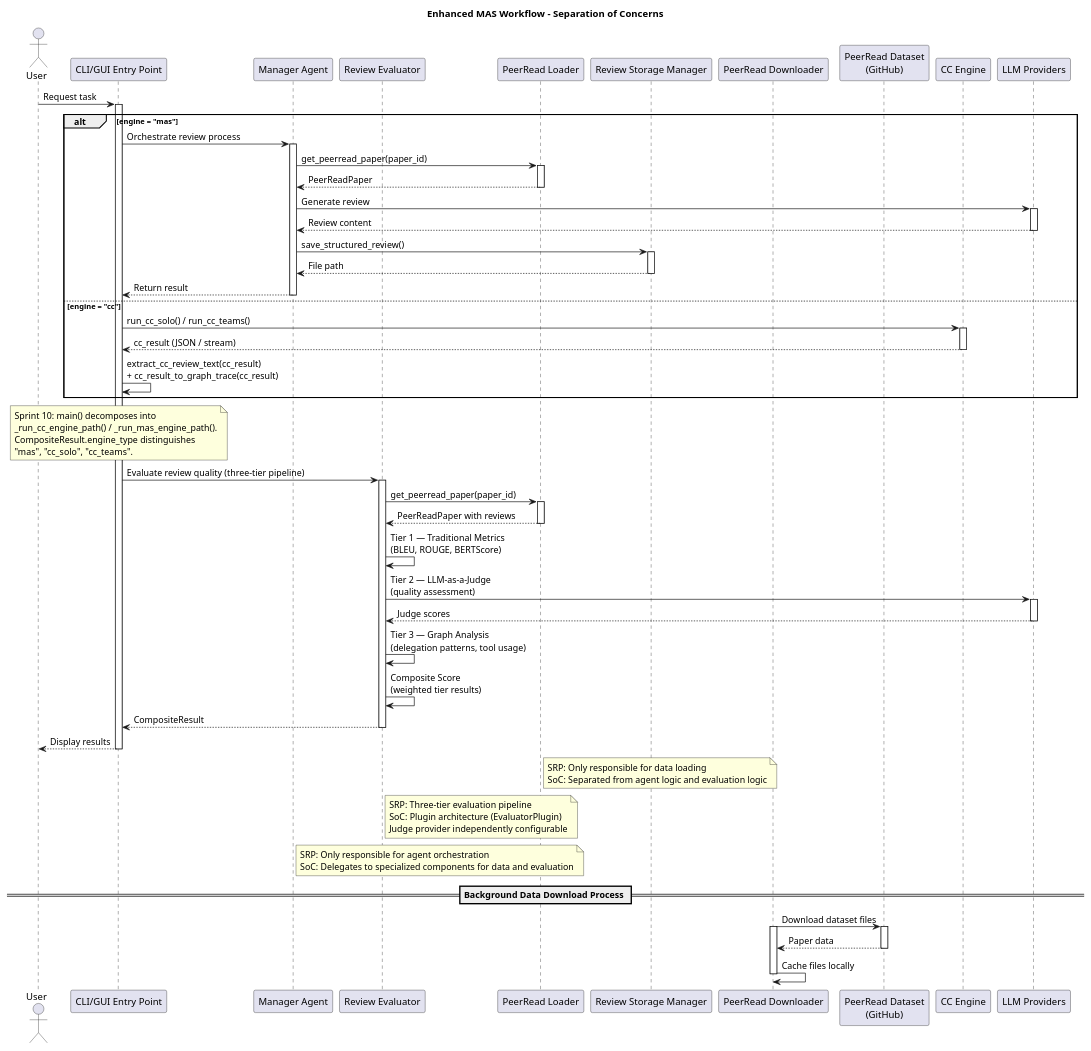
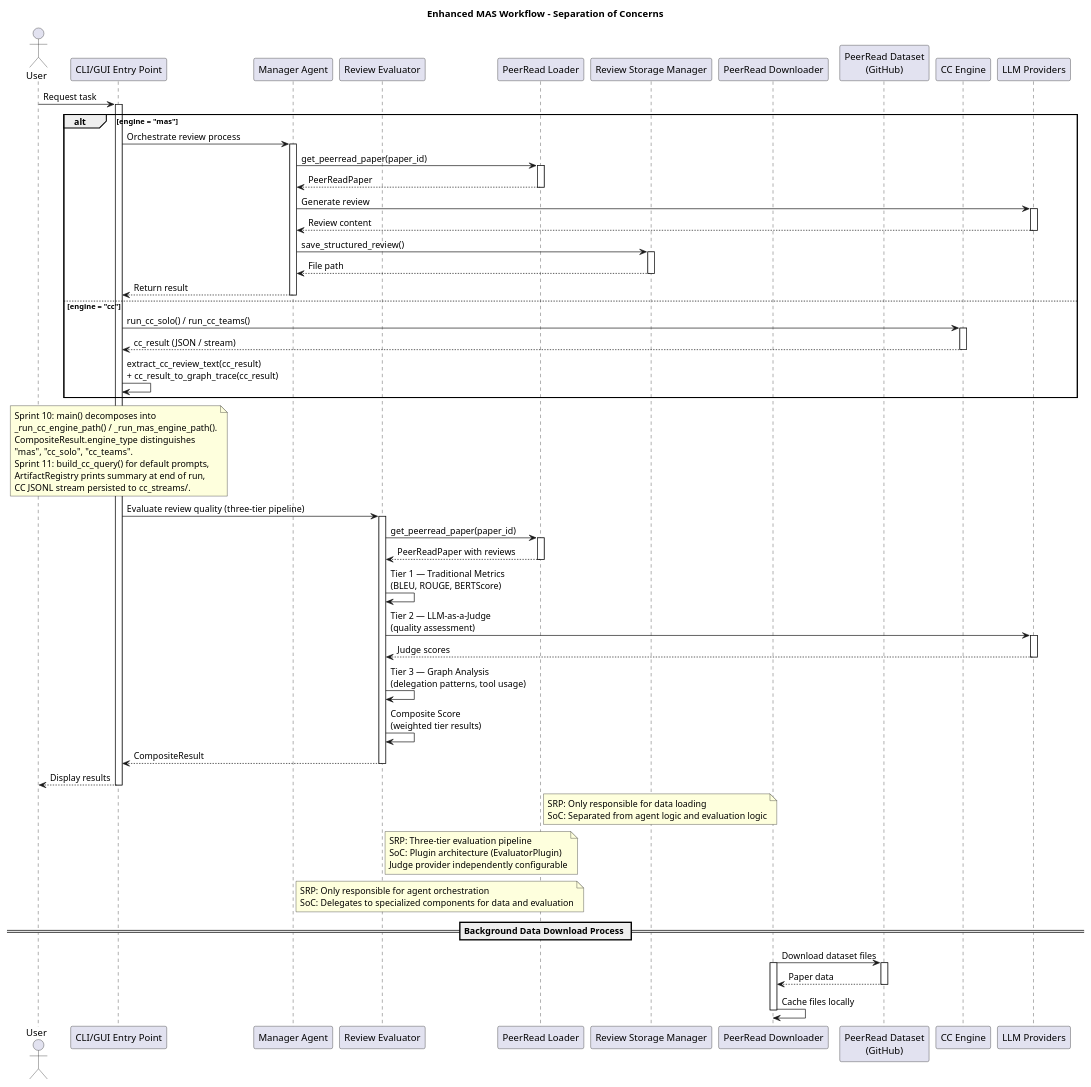
The diagram in docs/arch_vis/mas-enhanced-workflow.plantuml (qte77/Agents-eval), drawn with PlantUML before and after one commit. The commit also changed 141 other files, not shown here.

```diff
--- a/docs/arch_vis/mas-enhanced-workflow.plantuml
+++ b/docs/arch_vis/mas-enhanced-workflow.plantuml
@@ -1,106 +1,109 @@
 @startuml mas-enhanced-workflow
 title Enhanced MAS Workflow - Separation of Concerns
 
 actor User
 participant "CLI/GUI Entry Point" as MainApp
 participant "Manager Agent" as Manager
 participant "Review Evaluator" as Evaluator
 participant "PeerRead Loader" as Loader
 participant "Review Storage Manager" as Storage
 participant "PeerRead Downloader" as Downloader
 participant "PeerRead Dataset\n(GitHub)" as ExternalDataset
 participant "CC Engine" as CCEngine
 participant "LLM Providers" as LLM
 
 User -> MainApp: Request task
 activate MainApp
 
 alt engine = "mas"
 
     MainApp -> Manager: Orchestrate review process
     activate Manager
 
     Manager -> Loader: get_peerread_paper(paper_id)
     activate Loader
     Loader --> Manager: PeerReadPaper
     deactivate Loader
 
     Manager -> LLM: Generate review
     activate LLM
     LLM --> Manager: Review content
     deactivate LLM
 
     Manager -> Storage: save_structured_review()
     activate Storage
     Storage --> Manager: File path
     deactivate Storage
 
     Manager --> MainApp: Return result
     deactivate Manager
 
 else engine = "cc"
 
     MainApp -> CCEngine: run_cc_solo() / run_cc_teams()
     activate CCEngine
     CCEngine --> MainApp: cc_result (JSON / stream)
     deactivate CCEngine
     MainApp -> MainApp: extract_cc_review_text(cc_result)\n+ cc_result_to_graph_trace(cc_result)
 
 end
 
 note over MainApp
   Sprint 10: main() decomposes into
   _run_cc_engine_path() / _run_mas_engine_path().
   CompositeResult.engine_type distinguishes
   "mas", "cc_solo", "cc_teams".
+  Sprint 11: build_cc_query() for default prompts,
+  ArtifactRegistry prints summary at end of run,
+  CC JSONL stream persisted to cc_streams/.
 end note
 
 MainApp -> Evaluator: Evaluate review quality (three-tier pipeline)
 activate Evaluator
 
 Evaluator -> Loader: get_peerread_paper(paper_id)
 activate Loader
 Loader --> Evaluator: PeerReadPaper with reviews
 deactivate Loader
 
 Evaluator -> Evaluator: Tier 1 — Traditional Metrics\n(BLEU, ROUGE, BERTScore)
 Evaluator -> LLM: Tier 2 — LLM-as-a-Judge\n(quality assessment)
 activate LLM
 LLM --> Evaluator: Judge scores
 deactivate LLM
 Evaluator -> Evaluator: Tier 3 — Graph Analysis\n(delegation patterns, tool usage)
 Evaluator -> Evaluator: Composite Score\n(weighted tier results)
 
 Evaluator --> MainApp: CompositeResult
 deactivate Evaluator
 
 MainApp --> User: Display results
 deactivate MainApp
 
 note right of Loader
   SRP: Only responsible for data loading
   SoC: Separated from agent logic and evaluation logic
 end note
 
 note right of Evaluator
   SRP: Three-tier evaluation pipeline
   SoC: Plugin architecture (EvaluatorPlugin)
   Judge provider independently configurable
 end note
 
 note right of Manager
   SRP: Only responsible for agent orchestration
   SoC: Delegates to specialized components for data and evaluation
 end note
 
 == Background Data Download Process ==
 
 Downloader -> ExternalDataset: Download dataset files
 activate Downloader
 activate ExternalDataset
 ExternalDataset --> Downloader: Paper data
 deactivate ExternalDataset
 Downloader -> Downloader: Cache files locally
 deactivate Downloader
 
 @enduml
```
